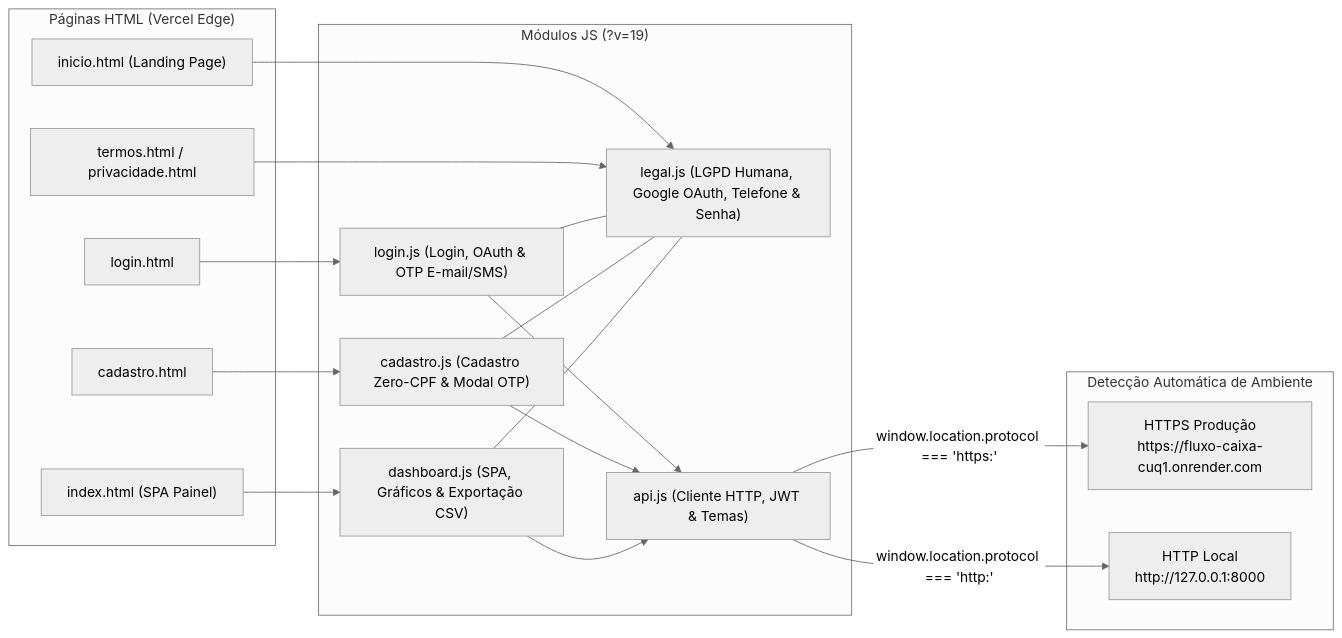
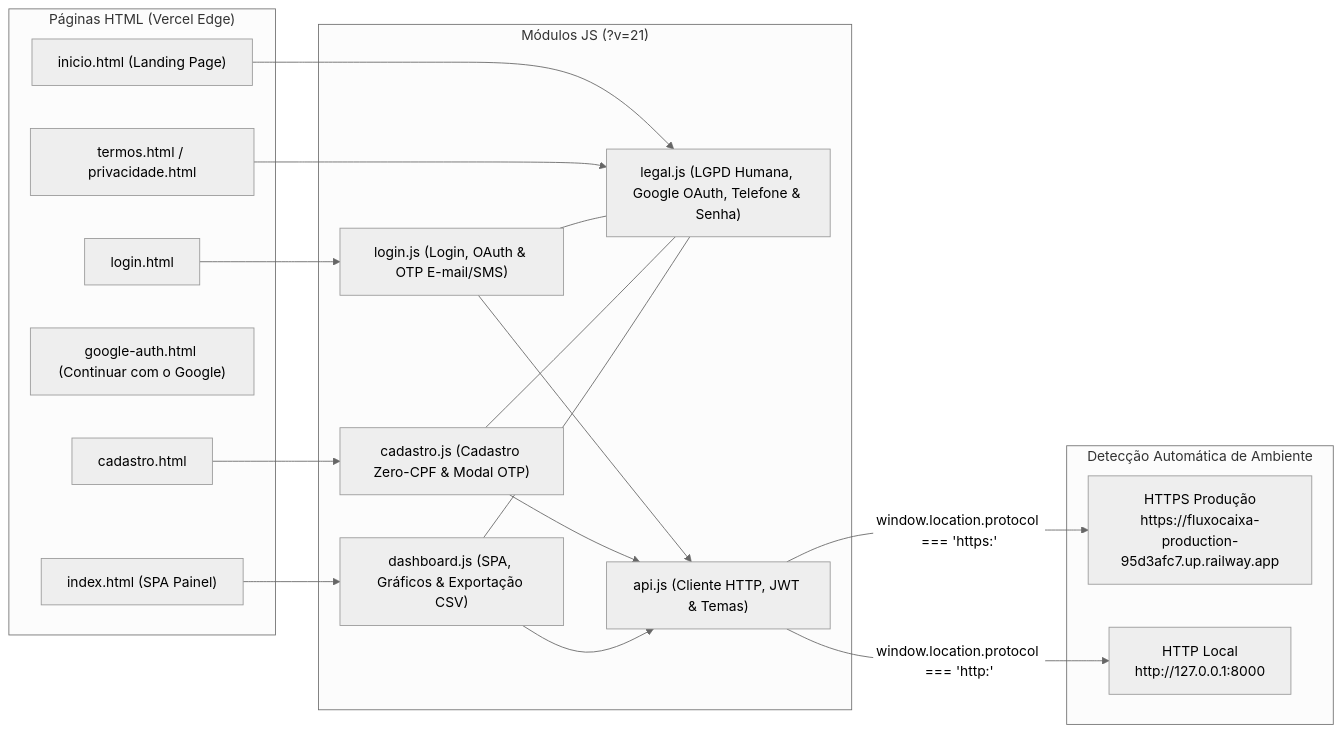
Before and after one commit to arthurcamrocha20052008/fluxo_caixa: the diagram in frontend/README.md, drawn with Mermaid (neutral theme). The commit also changed 22 other files, not shown here.

Commit message:
fix(deploy): corrige boot no railway, adiciona pagina google-auth e remove credenciais hardcoded

````diff
--- a/frontend/README.md
+++ b/frontend/README.md
@@ -11,35 +11,36 @@
 ```mermaid
 flowchart LR
     subgraph Pages ["Páginas HTML (Vercel Edge)"]
         I["inicio.html (Landing Page)"]
         L["login.html"]
         C["cadastro.html"]
+        G["google-auth.html (Continuar com o Google)"]
         D["index.html (SPA Painel)"]
         T["termos.html / privacidade.html"]
     end
 
-    subgraph Controllers ["Módulos JS (?v=19)"]
+    subgraph Controllers ["Módulos JS (?v=21)"]
         LG["legal.js (LGPD Humana, Google OAuth, Telefone & Senha)"]
         LJ["login.js (Login, OAuth & OTP E-mail/SMS)"]
         CJ["cadastro.js (Cadastro Zero-CPF & Modal OTP)"]
         DJ["dashboard.js (SPA, Gráficos & Exportação CSV)"]
         API["api.js (Cliente HTTP, JWT & Temas)"]
     end
 
     subgraph Targets ["Detecção Automática de Ambiente"]
-        PROD["HTTPS Produção<br/>https://fluxo-caixa-cuq1.onrender.com"]
+        PROD["HTTPS Produção<br/>https://fluxocaixa-production-95d3afc7.up.railway.app"]
         DEV["HTTP Local<br/>http://127.0.0.1:8000"]
     end
 
     I --> LG
     T --> LG
     L --> LJ --> API
     C --> CJ --> API
     D --> DJ --> API
     LJ --- LG
     CJ --- LG
     DJ --- LG
 
     API -->|"window.location.protocol === 'https:'"| PROD
     API -->|"window.location.protocol === 'http:'"| DEV
 ```
````
